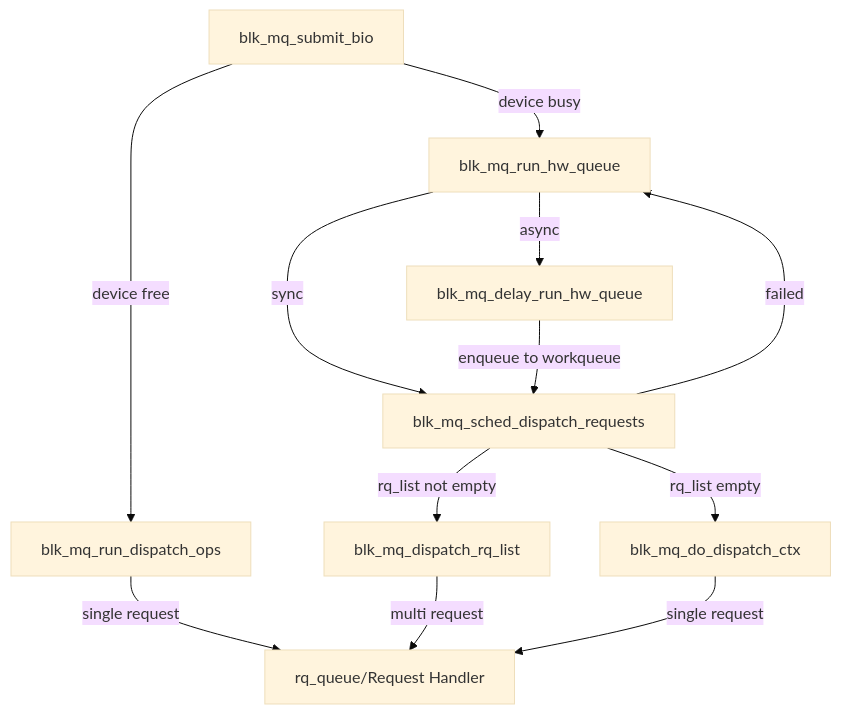
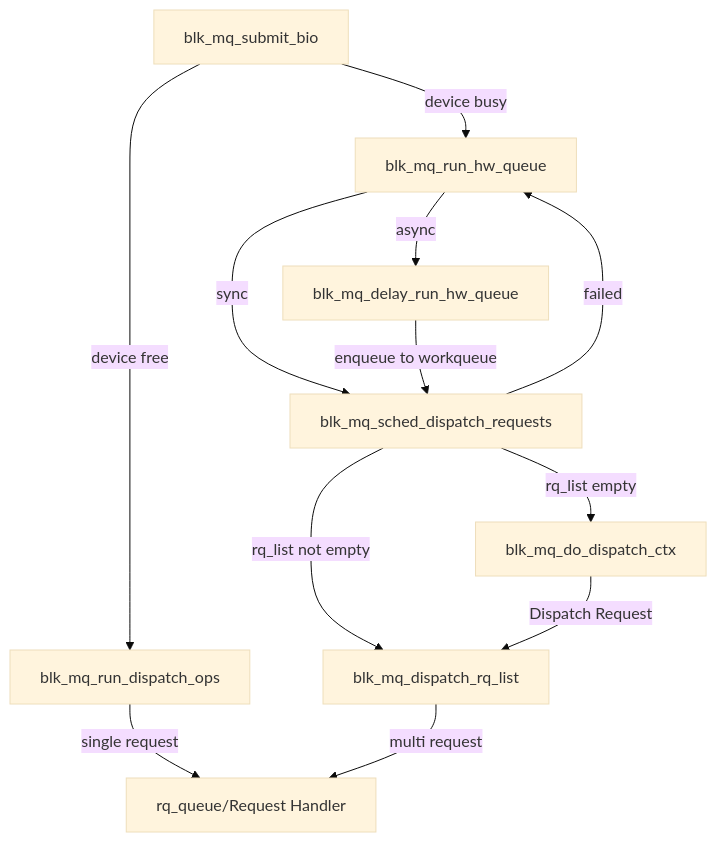
The diagram in README.md (HWLayfort/CSL-Device), drawn with Mermaid (base theme) before and after one commit. The commit also changed other lines of this file, not shown here.

Commit message:
Update README.md : Block Level I/O Layer

````diff
--- a/README.md
+++ b/README.md
@@ -626,15 +626,15 @@
 ```mermaid
 flowchart TB
 
 A[blk_mq_submit_bio] -->|device busy| B[blk_mq_run_hw_queue]
 A -->|device free| C[blk_mq_run_dispatch_ops]
 B -->|async| D[blk_mq_delay_run_hw_queue]
 B -->|sync| E[blk_mq_sched_dispatch_requests]
 D -->|enqueue to workqueue| E
 E -->|failed| B
 E -->|rq_list not empty| F[blk_mq_dispatch_rq_list]
 E -->|rq_list empty| G[blk_mq_do_dispatch_ctx]
 C -->|single request| H
 F -->|multi request| H[rq_queue/Request Handler]
-G -->|single request| H
+G -->|Dispatch Request| F
 ```
````
